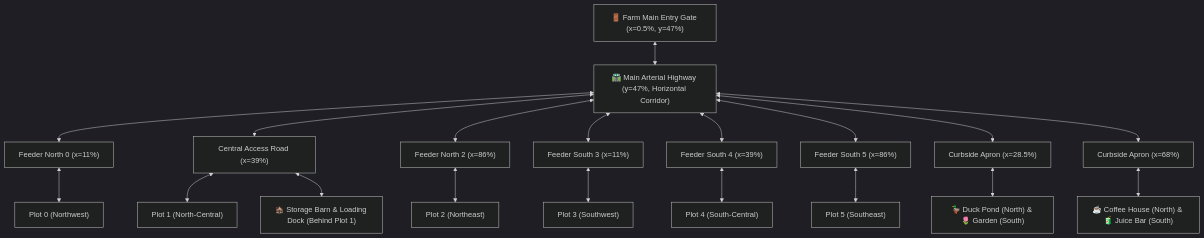
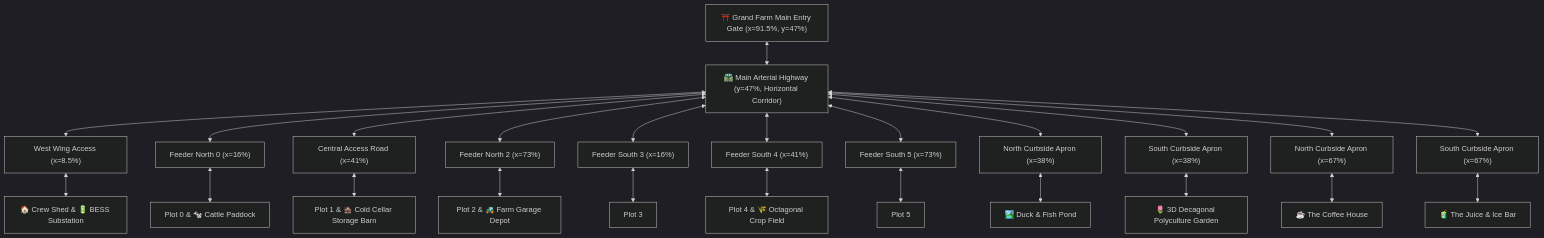
One commit to mishu-anik23/searchO2 changed the seventh of 7 diagrams in README.md. Above: the diagram before and after it, drawn with Mermaid (dark theme). The commit also changed other lines of this file, not shown here.

Commit message:
docs: comprehensive update to README with all latest systems, polyculture garden, microgrid, encyclopedias, and Mermaid flow diagrams

````diff
--- a/README.md
+++ b/README.md
@@ -264,16 +413,18 @@
 ```mermaid
 flowchart TD
-    MG["🚪 Farm Main Entry Gate (x=0.5%, y=47%)"] <--> MR["🛣️ Main Arterial Highway (y=47%, Horizontal Corridor)"]
+    GATE["⛩️ Grand Farm Main Entry Gate (x=91.5%, y=47%)"] <--> HIGHWAY["🛣️ Main Arterial Highway (y=47%, Horizontal Corridor)"]
     
-    MR <--> F0["Feeder North 0 (x=11%)"] <--> P0["Plot 0 (Northwest)"]
-    MR <--> CA["Central Access Road (x=39%)"] <--> P1["Plot 1 (North-Central)"]
-    CA <--> SB["🏚️ Storage Barn & Loading Dock (Behind Plot 1)"]
-    MR <--> F2["Feeder North 2 (x=86%)"] <--> P2["Plot 2 (Northeast)"]
+    HIGHWAY <--> FS_NW["West Wing Access (x=8.5%)"] <--> CS["🏠 Crew Shed & 🔋 BESS Substation"]
+    HIGHWAY <--> FS_P0["Feeder North 0 (x=16%)"] <--> P0["Plot 0 & 🐄 Cattle Paddock"]
+    HIGHWAY <--> FS_P1["Central Access Road (x=41%)"] <--> P1["Plot 1 & 🏚️ Cold Cellar Storage Barn"]
+    HIGHWAY <--> FS_P2["Feeder North 2 (x=73%)"] <--> P2["Plot 2 & 🚜 Farm Garage Depot"]
     
-    MR <--> F3["Feeder South 3 (x=11%)"] <--> P3["Plot 3 (Southwest)"]
-    MR <--> F4["Feeder South 4 (x=39%)"] <--> P4["Plot 4 (South-Central)"]
-    MR <--> F5["Feeder South 5 (x=86%)"] <--> P5["Plot 5 (Southeast)"]
+    HIGHWAY <--> FS_P3["Feeder South 3 (x=16%)"] <--> P3["Plot 3"]
+    HIGHWAY <--> FS_P4["Feeder South 4 (x=41%)"] <--> P4["Plot 4 & 🌾 Octagonal Crop Field"]
+    HIGHWAY <--> FS_P5["Feeder South 5 (x=73%)"] <--> P5["Plot 5"]
     
-    MR <--> AP1["Curbside Apron (x=28.5%)"] <--> V1["🦆 Duck Pond (North) & 🌷 Garden (South)"]
-    MR <--> AP2["Curbside Apron (x=68%)"] <--> V2["☕ Coffee House (North) & 🧃 Juice Bar (South)"]
+    HIGHWAY <--> AP_POND["North Curbside Apron (x=38%)"] <--> POND["🏞️ Duck & Fish Pond"]
+    HIGHWAY <--> AP_GARDEN["South Curbside Apron (x=38%)"] <--> GARDEN["🌷 3D Decagonal Polyculture Garden"]
+    HIGHWAY <--> AP_CAFE["North Curbside Apron (x=67%)"] <--> CAFE["☕ The Coffee House"]
+    HIGHWAY <--> AP_JUICE["South Curbside Apron (x=67%)"] <--> JUICE["🧃 The Juice & Ice Bar"]
 ```
````
